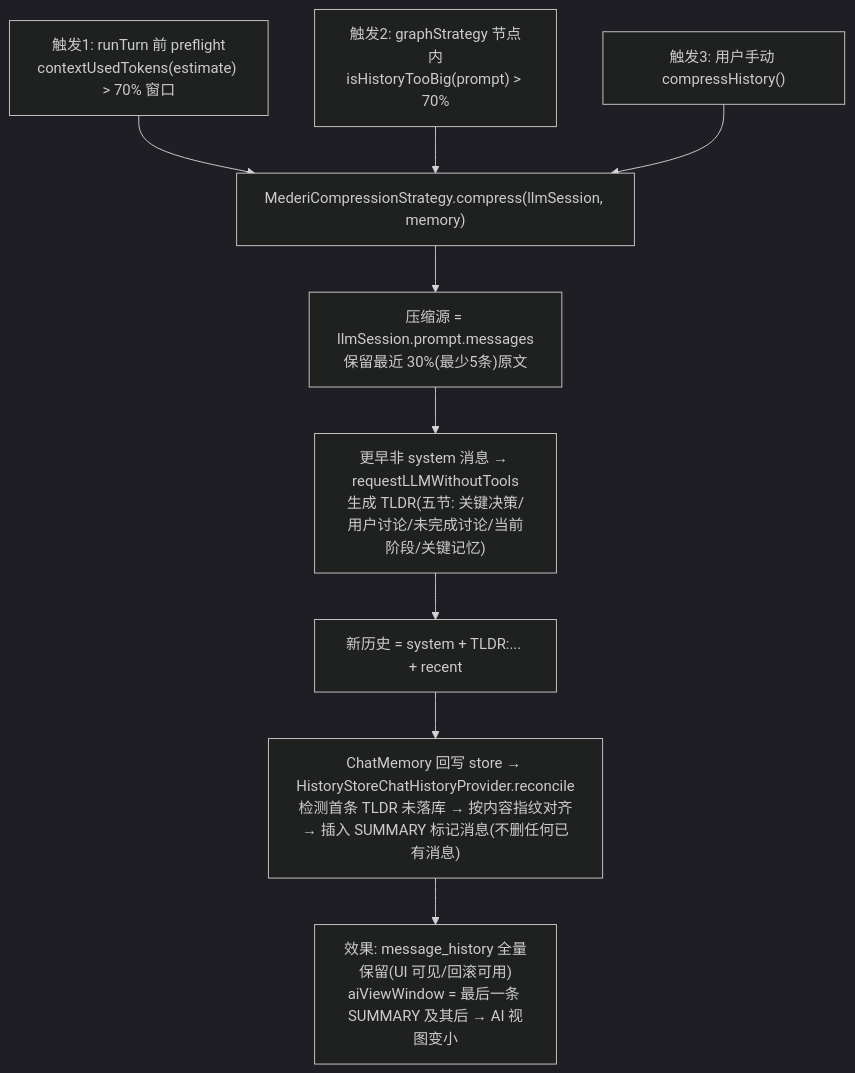
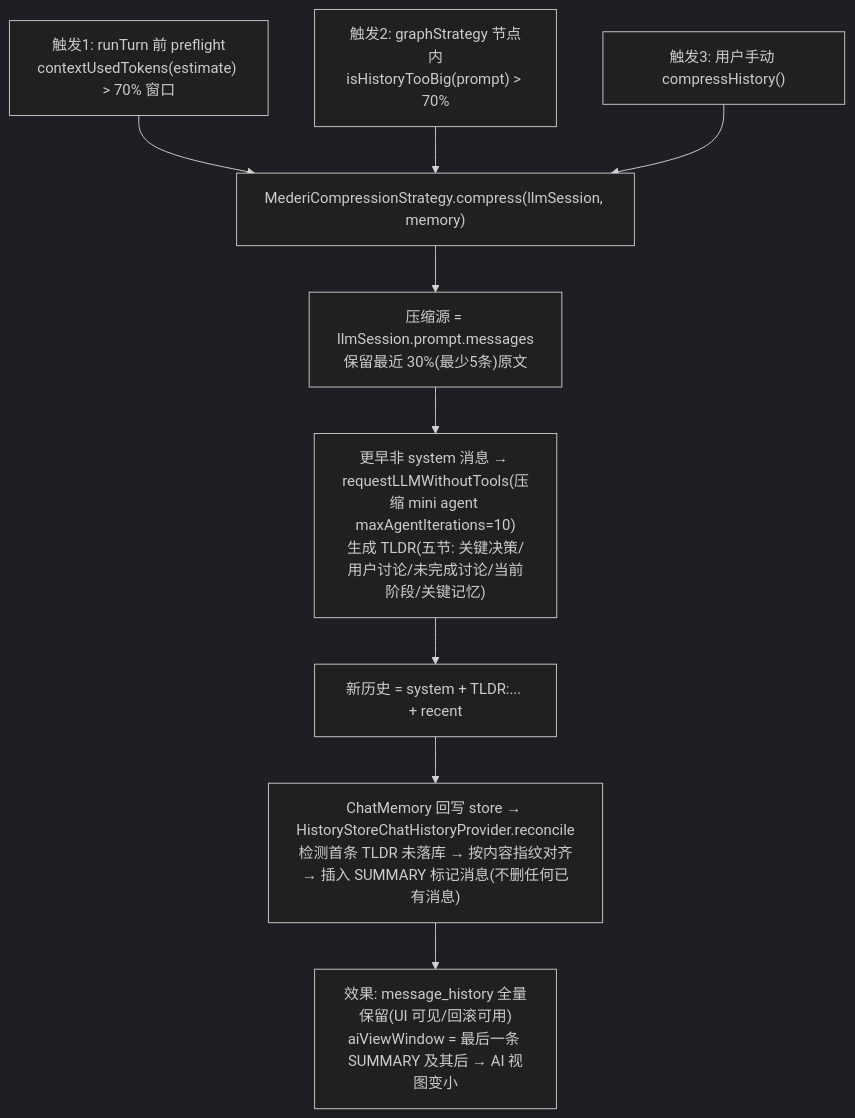
Before and after one commit to lzdev42/mederi: the eighth of 18 diagrams in docs/architecture/04-flows.md, drawn with Mermaid (dark theme). The commit also changed other lines of this file and 75 other files, not shown here.

````diff
--- a/docs/architecture/04-flows.md
+++ b/docs/architecture/04-flows.md
@@ -238,12 +289,12 @@
 ```mermaid
 flowchart TD
     A["触发1: runTurn 前 preflight<br/>contextUsedTokens(estimate) > 70% 窗口"]
     B["触发2: graphStrategy 节点内<br/>isHistoryTooBig(prompt) > 70%"]
     C["触发3: 用户手动 compressHistory()"]
     A & B & C --> D["MederiCompressionStrategy.compress(llmSession, memory)"]
     D --> E["压缩源 = llmSession.prompt.messages<br/>保留最近 30%(最少5条)原文"]
-    E --> F["更早非 system 消息 → requestLLMWithoutTools<br/>生成 TLDR(五节: 关键决策/用户讨论/未完成讨论/当前阶段/关键记忆)"]
+    E --> F["更早非 system 消息 → requestLLMWithoutTools(压缩 mini agent maxAgentIterations=10)<br/>生成 TLDR(五节: 关键决策/用户讨论/未完成讨论/当前阶段/关键记忆)"]
     F --> G["新历史 = system + TLDR:... + recent"]
     G --> H["ChatMemory 回写 store → HistoryStoreChatHistoryProvider.reconcile<br/>检测首条 TLDR 未落库 → 按内容指纹对齐<br/>→ 插入 SUMMARY 标记消息(不删任何已有消息)"]
     H --> I["效果: message_history 全量保留(UI 可见/回滚可用)<br/>aiViewWindow = 最后一条 SUMMARY 及其后 → AI 视图变小"]
 ```
````
